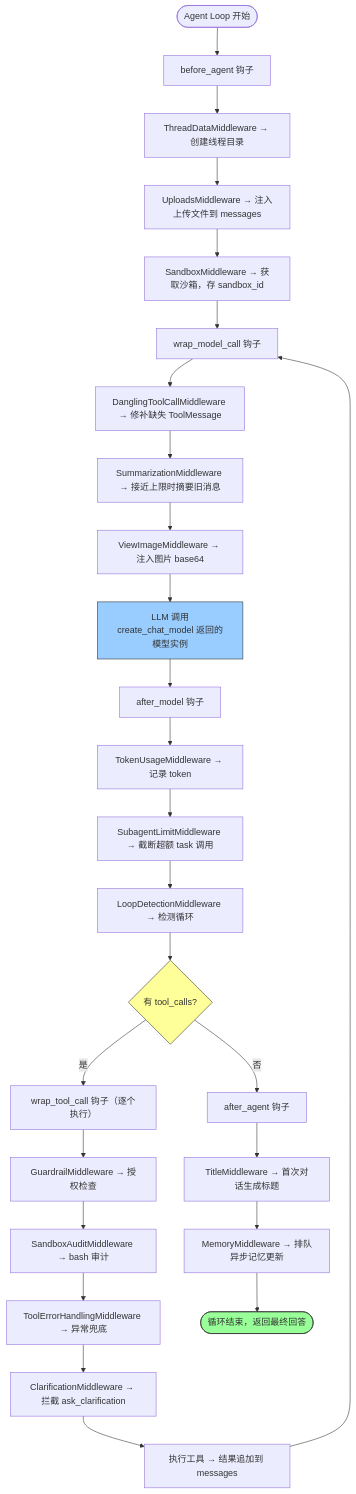
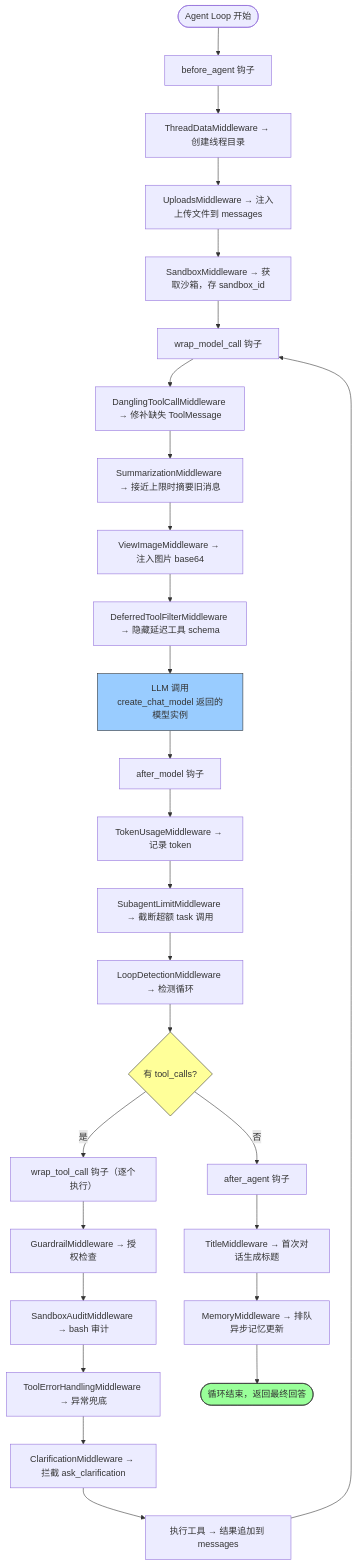
One commit to hata33/deer-flow changed diagram 11 of 14 in deer-flow-main/docs/步骤/003-core.md. Above: the diagram before and after it, drawn with Mermaid. The commit also changed other lines of this file and 19 other files, not shown here.

First line of the commit message:
docs(flow): 重构步骤文档目录结构并完善代理工厂设计文档

````diff
--- a/deer-flow-main/docs/步骤/003-core.md
+++ b/deer-flow-main/docs/步骤/003-core.md
@@ -338,38 +338,39 @@
 ```mermaid
 flowchart TD
     START(["Agent Loop 开始"]) --> BA["before_agent 钩子"]
     BA --> BA1["ThreadDataMiddleware → 创建线程目录"]
     BA1 --> BA2["UploadsMiddleware → 注入上传文件到 messages"]
     BA2 --> BA3["SandboxMiddleware → 获取沙箱，存 sandbox_id"]
 
     BA3 --> WM["wrap_model_call 钩子"]
     WM --> WM1["DanglingToolCallMiddleware → 修补缺失 ToolMessage"]
     WM1 --> WM2["SummarizationMiddleware → 接近上限时摘要旧消息"]
     WM2 --> WM3["ViewImageMiddleware → 注入图片 base64"]
+    WM3 --> WM4["DeferredToolFilterMiddleware → 隐藏延迟工具 schema"]
 
-    WM3 --> LLM["LLM 调用\ncreate_chat_model 返回的模型实例"]
+    WM4 --> LLM["LLM 调用\ncreate_chat_model 返回的模型实例"]
 
     LLM --> AM["after_model 钩子"]
     AM --> AM1["TokenUsageMiddleware → 记录 token"]
     AM1 --> AM2["SubagentLimitMiddleware → 截断超额 task 调用"]
     AM2 --> AM3["LoopDetectionMiddleware → 检测循环"]
 
     AM3 --> TC{"有 tool_calls?"}
 
     TC -->|"是"| WT["wrap_tool_call 钩子（逐个执行）"]
     WT --> WT1["GuardrailMiddleware → 授权检查"]
     WT1 --> WT2["SandboxAuditMiddleware → bash 审计"]
     WT2 --> WT3["ToolErrorHandlingMiddleware → 异常兜底"]
     WT3 --> WT4["ClarificationMiddleware → 拦截 ask_clarification"]
     WT4 --> EXEC["执行工具 → 结果追加到 messages"]
     EXEC --> WM
 
     TC -->|"否"| AA["after_agent 钩子"]
     AA --> AA1["TitleMiddleware → 首次对话生成标题"]
     AA1 --> AA2["MemoryMiddleware → 排队异步记忆更新"]
     AA2 --> DONE(["循环结束，返回最终回答"])
 
     style LLM fill:#9cf,stroke:#333
     style DONE fill:#9f9,stroke:#333
     style TC fill:#ff9,stroke:#333
 ```
````
